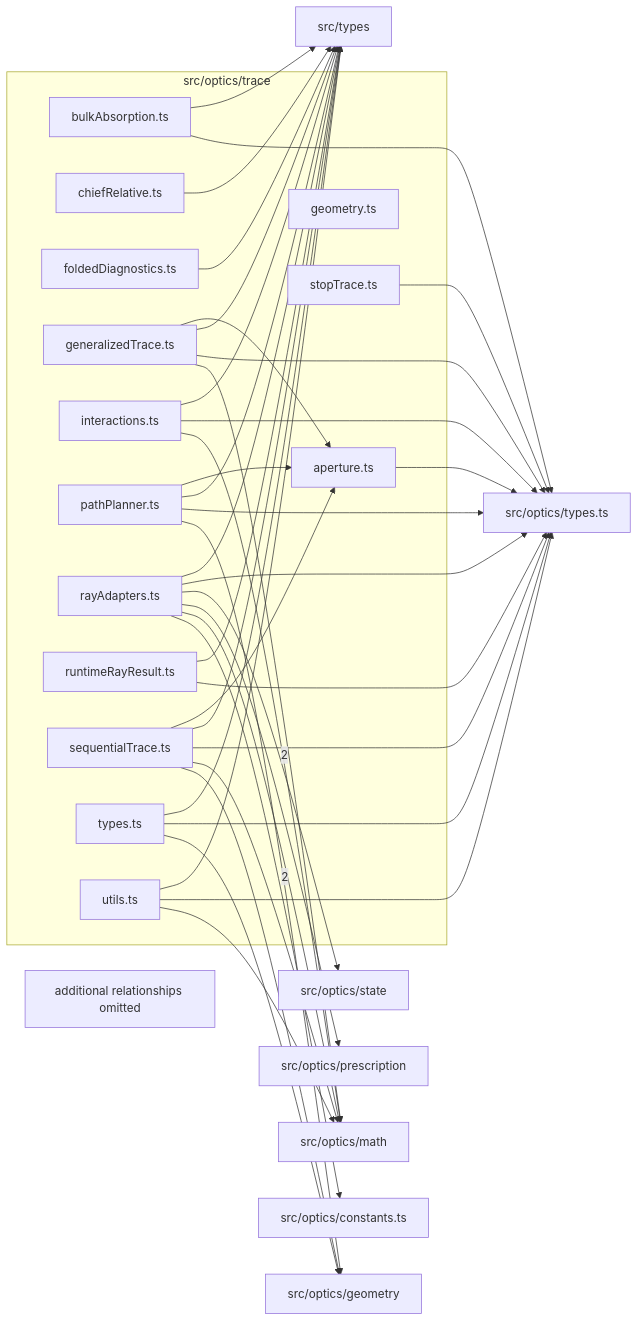
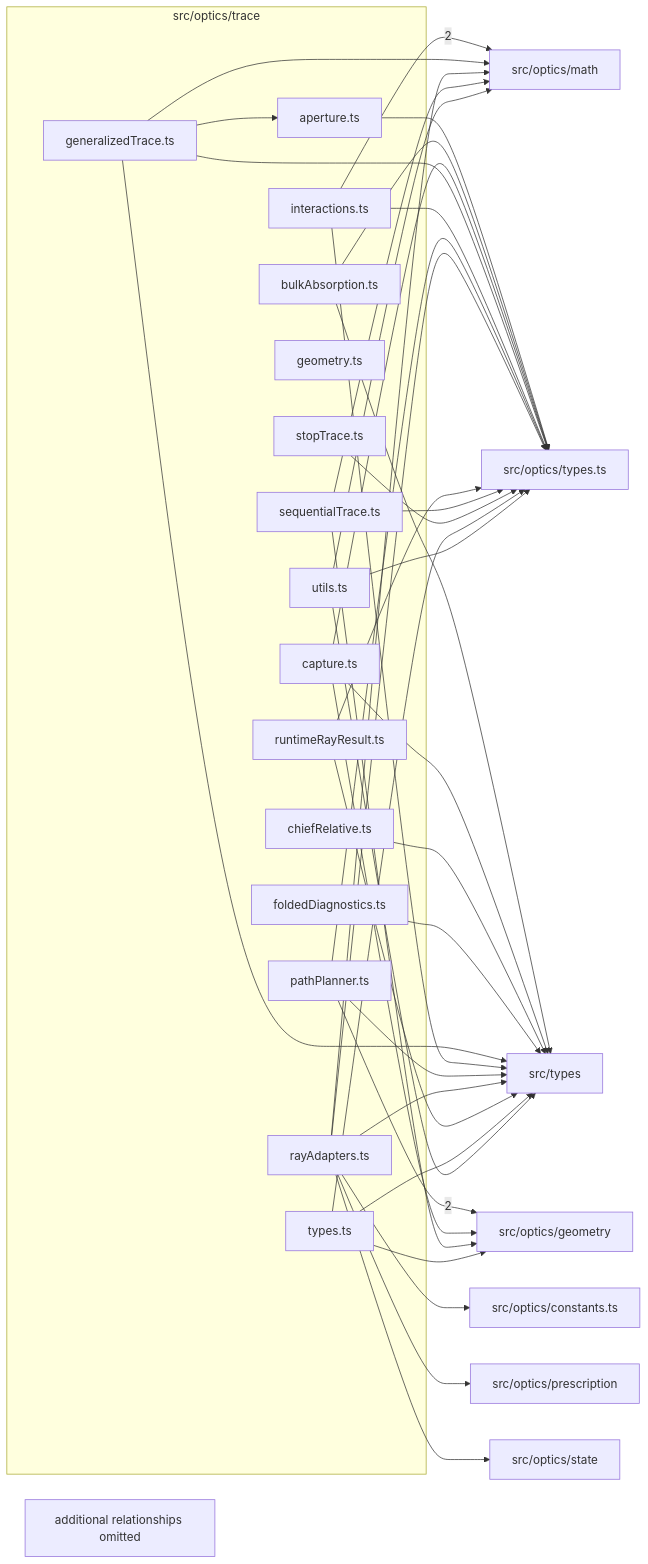
The diagram in src/optics/trace/readme.md (ronbuening/LensVisualizer), drawn with Mermaid before and after one commit. The commit also changed other lines of this file and 22 other files, not shown here.

Commit message:
S4.P3.T1 Capture policy chosen before the trace loop

````diff
--- a/src/optics/trace/readme.md
+++ b/src/optics/trace/readme.md
@@ -9,63 +9,64 @@
 ```mermaid
 flowchart LR
   subgraph n_src_optics_trace["src/optics/trace"]
     n_src_optics_trace_src_optics_trace_aperture_ts["aperture.ts"]
     n_src_optics_trace_src_optics_trace_bulkAbsorption_ts["bulkAbsorption.ts"]
+    n_src_optics_trace_src_optics_trace_capture_ts["capture.ts"]
     n_src_optics_trace_src_optics_trace_chiefRelative_ts["chiefRelative.ts"]
     n_src_optics_trace_src_optics_trace_foldedDiagnostics_ts["foldedDiagnostics.ts"]
     n_src_optics_trace_src_optics_trace_generalizedTrace_ts["generalizedTrace.ts"]
     n_src_optics_trace_src_optics_trace_geometry_ts["geometry.ts"]
     n_src_optics_trace_src_optics_trace_interactions_ts["interactions.ts"]
     n_src_optics_trace_src_optics_trace_pathPlanner_ts["pathPlanner.ts"]
     n_src_optics_trace_src_optics_trace_rayAdapters_ts["rayAdapters.ts"]
     n_src_optics_trace_src_optics_trace_runtimeRayResult_ts["runtimeRayResult.ts"]
     n_src_optics_trace_src_optics_trace_sequentialTrace_ts["sequentialTrace.ts"]
     n_src_optics_trace_src_optics_trace_stopTrace_ts["stopTrace.ts"]
     n_src_optics_trace_src_optics_trace_types_ts["types.ts"]
     n_src_optics_trace_src_optics_trace_utils_ts["utils.ts"]
   end
   n_external_src_optics_geometry["src/optics/geometry"]
   n_external_src_optics_math["src/optics/math"]
   n_external_src_optics_constants_ts["src/optics/constants.ts"]
   n_external_src_optics_prescription["src/optics/prescription"]
   n_external_src_optics_state["src/optics/state"]
   n_external_src_optics_types_ts["src/optics/types.ts"]
   n_external_src_types["src/types"]
   n_src_optics_trace_src_optics_trace_pathPlanner_ts --> |2| n_external_src_optics_geometry
   n_src_optics_trace_src_optics_trace_interactions_ts --> |2| n_external_src_optics_math
   n_src_optics_trace_src_optics_trace_rayAdapters_ts --> n_external_src_optics_constants_ts
+  n_src_optics_trace_src_optics_trace_capture_ts --> n_external_src_optics_geometry
   n_src_optics_trace_src_optics_trace_sequentialTrace_ts --> n_external_src_optics_geometry
   n_src_optics_trace_src_optics_trace_types_ts --> n_external_src_optics_geometry
   n_src_optics_trace_src_optics_trace_generalizedTrace_ts --> n_external_src_optics_math
   n_src_optics_trace_src_optics_trace_rayAdapters_ts --> n_external_src_optics_math
   n_src_optics_trace_src_optics_trace_sequentialTrace_ts --> n_external_src_optics_math
   n_src_optics_trace_src_optics_trace_utils_ts --> n_external_src_optics_math
   n_src_optics_trace_src_optics_trace_rayAdapters_ts --> n_external_src_optics_prescription
   n_src_optics_trace_src_optics_trace_rayAdapters_ts --> n_external_src_optics_state
   n_src_optics_trace_src_optics_trace_aperture_ts --> n_external_src_optics_types_ts
   n_src_optics_trace_src_optics_trace_bulkAbsorption_ts --> n_external_src_optics_types_ts
+  n_src_optics_trace_src_optics_trace_capture_ts --> n_external_src_optics_types_ts
   n_src_optics_trace_src_optics_trace_generalizedTrace_ts --> n_external_src_optics_types_ts
   n_src_optics_trace_src_optics_trace_interactions_ts --> n_external_src_optics_types_ts
   n_src_optics_trace_src_optics_trace_pathPlanner_ts --> n_external_src_optics_types_ts
   n_src_optics_trace_src_optics_trace_rayAdapters_ts --> n_external_src_optics_types_ts
   n_src_optics_trace_src_optics_trace_runtimeRayResult_ts --> n_external_src_optics_types_ts
   n_src_optics_trace_src_optics_trace_sequentialTrace_ts --> n_external_src_optics_types_ts
   n_src_optics_trace_src_optics_trace_stopTrace_ts --> n_external_src_optics_types_ts
   n_src_optics_trace_src_optics_trace_types_ts --> n_external_src_optics_types_ts
   n_src_optics_trace_src_optics_trace_utils_ts --> n_external_src_optics_types_ts
   n_src_optics_trace_src_optics_trace_bulkAbsorption_ts --> n_external_src_types
+  n_src_optics_trace_src_optics_trace_capture_ts --> n_external_src_types
   n_src_optics_trace_src_optics_trace_chiefRelative_ts --> n_external_src_types
   n_src_optics_trace_src_optics_trace_foldedDiagnostics_ts --> n_external_src_types
   n_src_optics_trace_src_optics_trace_generalizedTrace_ts --> n_external_src_types
   n_src_optics_trace_src_optics_trace_interactions_ts --> n_external_src_types
   n_src_optics_trace_src_optics_trace_pathPlanner_ts --> n_external_src_types
   n_src_optics_trace_src_optics_trace_rayAdapters_ts --> n_external_src_types
   n_src_optics_trace_src_optics_trace_runtimeRayResult_ts --> n_external_src_types
-  n_src_optics_trace_src_optics_trace_sequentialTrace_ts --> n_external_src_types
   n_src_optics_trace_src_optics_trace_types_ts --> n_external_src_types
   n_src_optics_trace_src_optics_trace_utils_ts --> n_external_src_types
   n_src_optics_trace_src_optics_trace_generalizedTrace_ts --> n_src_optics_trace_src_optics_trace_aperture_ts
-  n_src_optics_trace_src_optics_trace_pathPlanner_ts --> n_src_optics_trace_src_optics_trace_aperture_ts
-  n_src_optics_trace_src_optics_trace_sequentialTrace_ts --> n_src_optics_trace_src_optics_trace_aperture_ts
   n_src_optics_trace_truncated["additional relationships omitted"]
 ```
````
